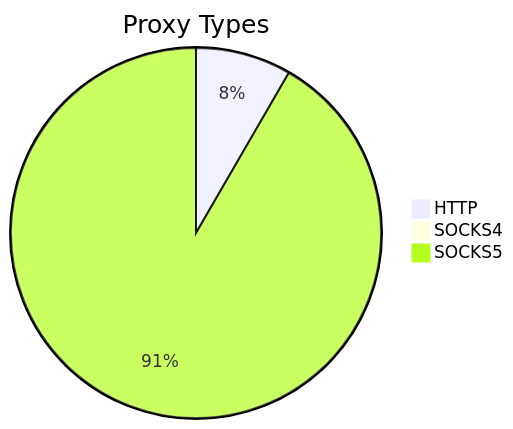
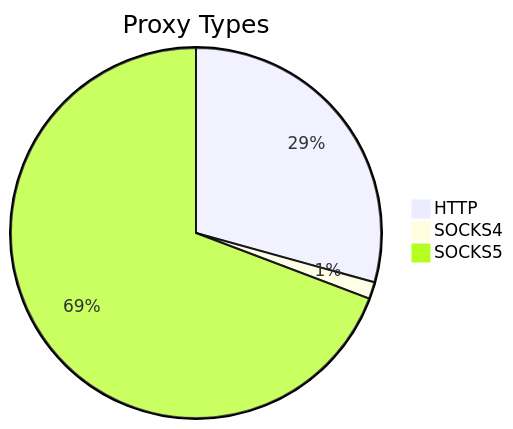
Before and after one commit to stormsia/proxy-list: the first of 2 diagrams in README.md, drawn with Mermaid. The commit also changed other lines of this file, not shown here.

````diff
--- a/README.md
+++ b/README.md
@@ -21,6 +21,6 @@
 ```mermaid
 pie title Proxy Types
-    "HTTP" : 668
-    "SOCKS4" : 30
-    "SOCKS5" : 7325
+    "HTTP" : 319
+    "SOCKS4" : 16
+    "SOCKS5" : 754
 ```
````
